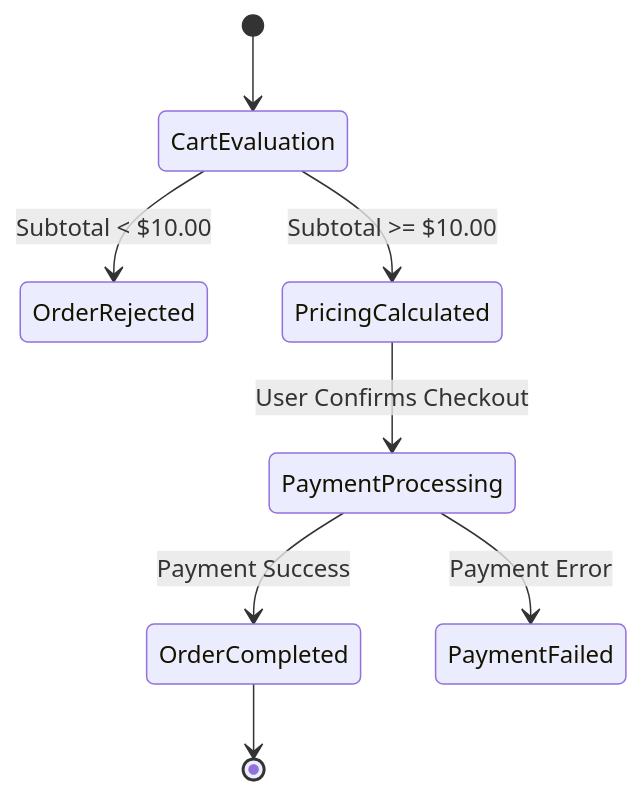
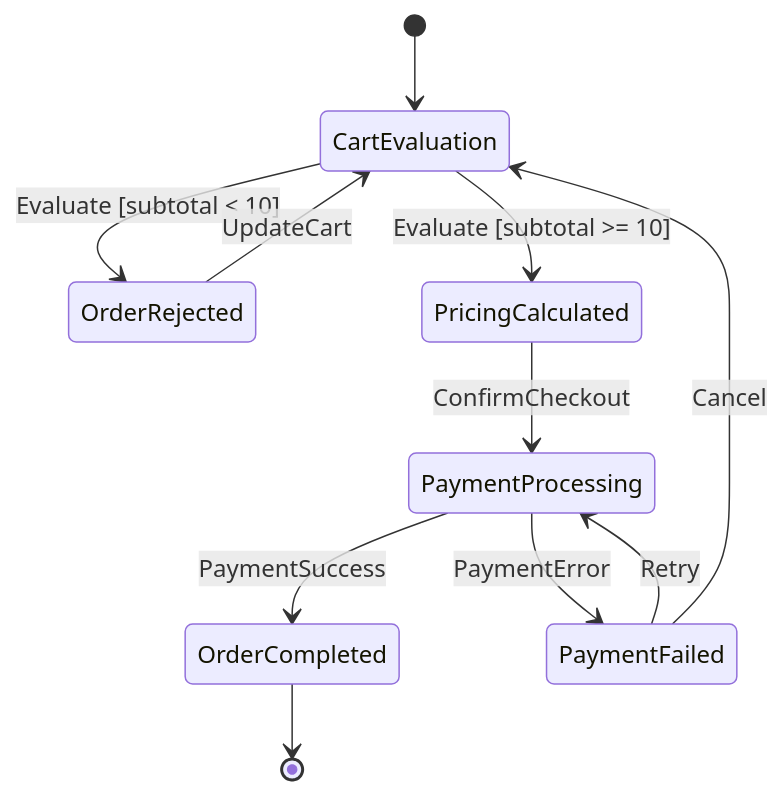
One commit to yukido0205/android-agentic-sdlc changed the diagram in skills/code-domain/examples/sample_extracted_domain_spec.md. Above: the diagram before and after it, drawn with Mermaid. The commit also changed other lines of this file and 8 other files, not shown here.

````diff
--- a/skills/code-domain/examples/sample_extracted_domain_spec.md
+++ b/skills/code-domain/examples/sample_extracted_domain_spec.md
@@ -42,10 +42,13 @@
 ```mermaid
 stateDiagram-v2
     [*] --> CartEvaluation
-    CartEvaluation --> OrderRejected: Subtotal < $10.00
-    CartEvaluation --> PricingCalculated: Subtotal >= $10.00
-    PricingCalculated --> PaymentProcessing: User Confirms Checkout
-    PaymentProcessing --> OrderCompleted: Payment Success
-    PaymentProcessing --> PaymentFailed: Payment Error
+    CartEvaluation --> OrderRejected: Evaluate [subtotal < 10]
+    CartEvaluation --> PricingCalculated: Evaluate [subtotal >= 10]
+    OrderRejected --> CartEvaluation: UpdateCart
+    PricingCalculated --> PaymentProcessing: ConfirmCheckout
+    PaymentProcessing --> OrderCompleted: PaymentSuccess
+    PaymentProcessing --> PaymentFailed: PaymentError
+    PaymentFailed --> PaymentProcessing: Retry
+    PaymentFailed --> CartEvaluation: Cancel
     OrderCompleted --> [*]
 ```
````
